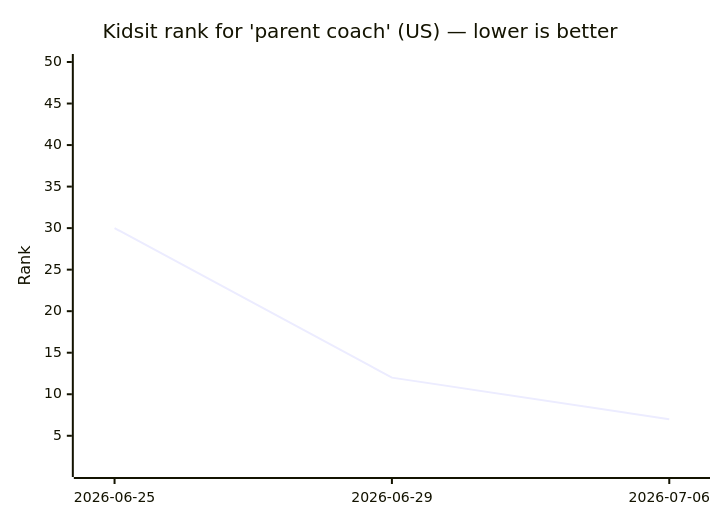
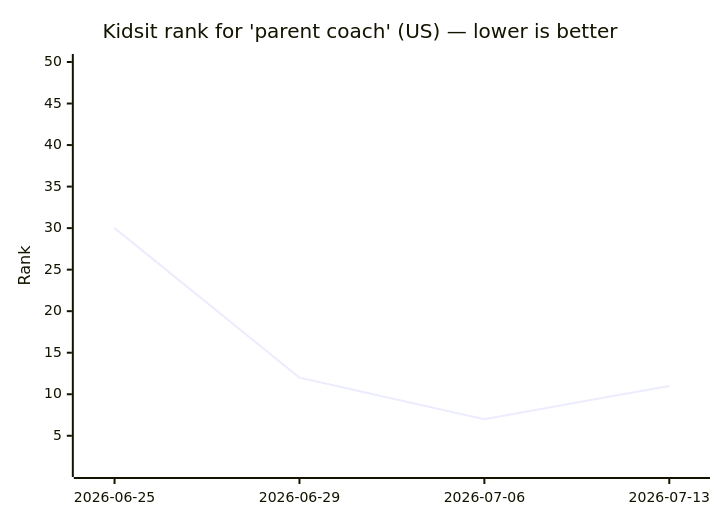
One commit to omer72/aso-tool changed the diagram in scout-log.md. Above: the diagram before and after it, drawn with Mermaid. The commit also changed other lines of this file, not shown here.

````diff
--- a/scout-log.md
+++ b/scout-log.md
@@ -8,7 +8,7 @@
 ```mermaid
 xychart-beta
     title "Kidsit rank for 'parent coach' (US) — lower is better"
-    x-axis ["2026-06-25", "2026-06-29", "2026-07-06"]
+    x-axis ["2026-06-25", "2026-06-29", "2026-07-06", "2026-07-13"]
     y-axis "Rank" 1 --> 50
-    line [30, 12, 7]
+    line [30, 12, 7, 11]
 ```
````
